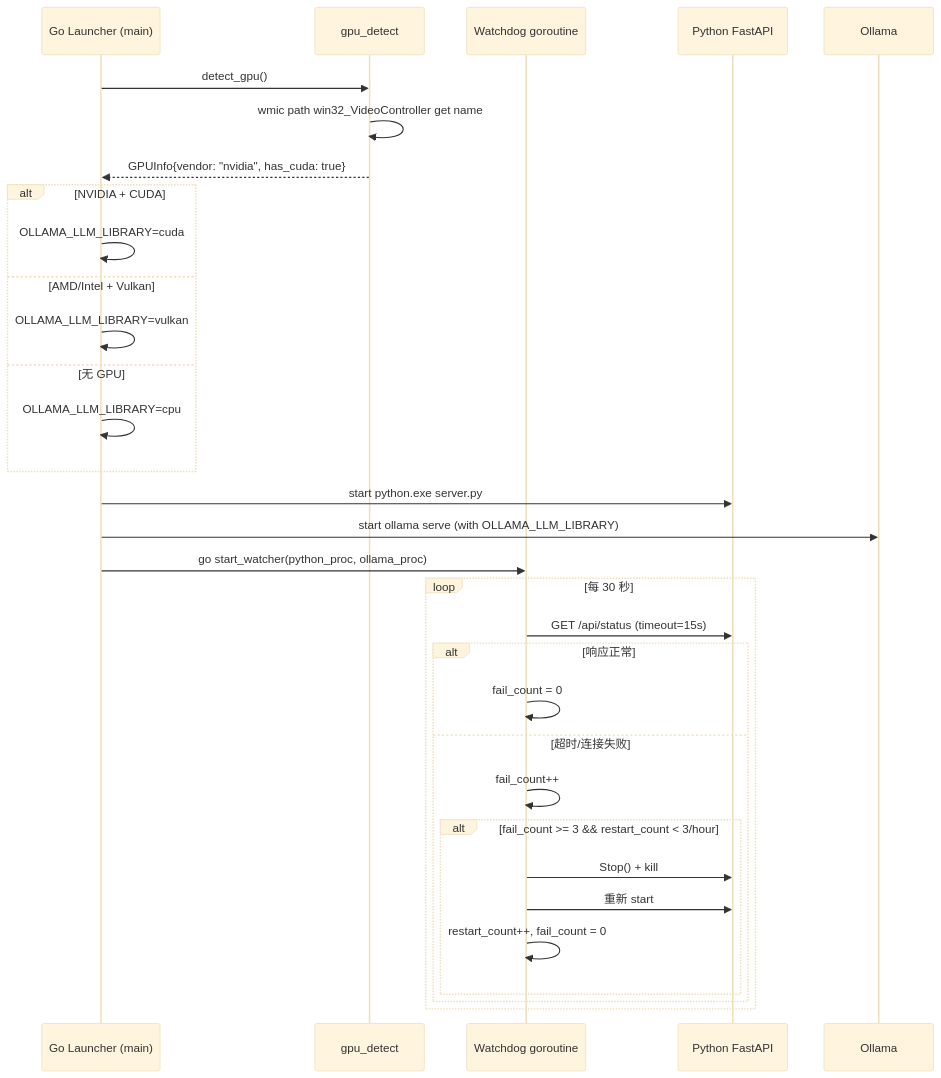
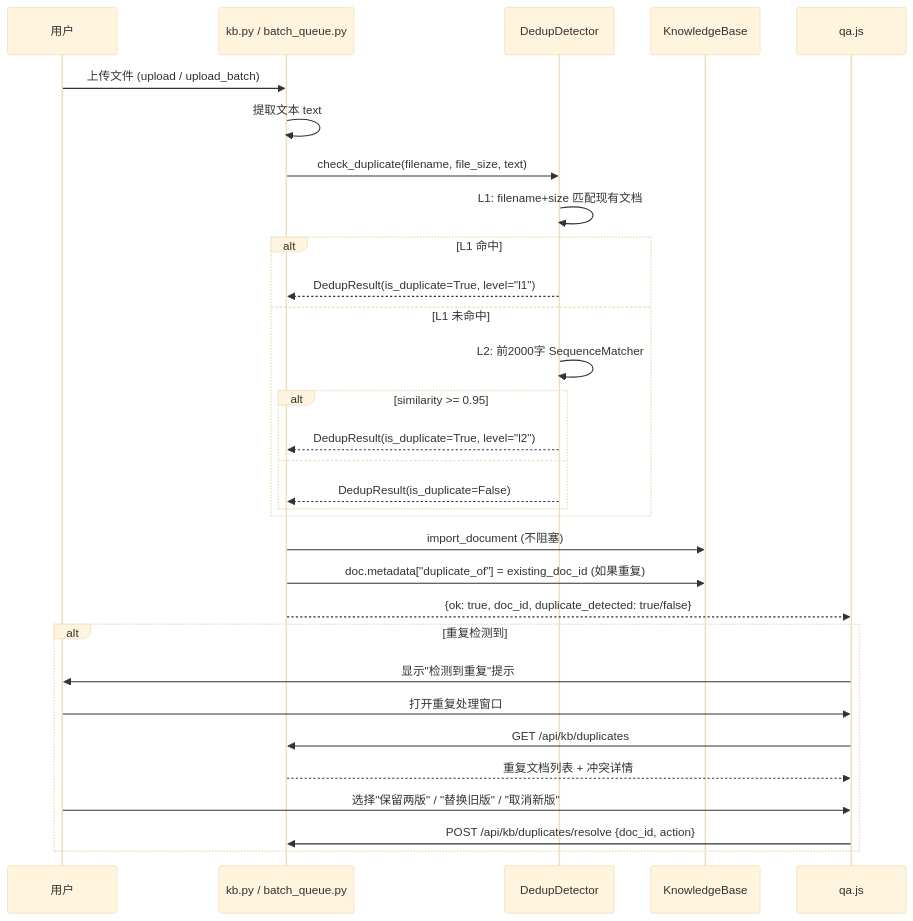
The fourth of 7 diagrams in docs/system_design.md (zwq871482439/sidemate), drawn with Mermaid (base theme) before and after one commit. The commit also changed other lines of this file and 17 other files, not shown here.

````diff
--- a/docs/system_design.md
+++ b/docs/system_design.md
@@ -375,39 +353,34 @@
 ```mermaid
 sequenceDiagram
-    participant Launcher as Go Launcher (main)
-    participant GPU as gpu_detect
-    participant WD as Watchdog goroutine
-    participant Python as Python FastAPI
-    participant Ollama as Ollama
+    participant U as 用户
+    participant BE as kb.py / batch_queue.py
+    participant DD as DedupDetector
+    participant KB as KnowledgeBase
+    participant FE as qa.js
 
-    Launcher->>GPU: detect_gpu()
-    GPU->>GPU: wmic path win32_VideoController get name
-    GPU-->>Launcher: GPUInfo{vendor: "nvidia", has_cuda: true}
-    
-    alt NVIDIA + CUDA
-        Launcher->>Launcher: OLLAMA_LLM_LIBRARY=cuda
-    else AMD/Intel + Vulkan
-        Launcher->>Launcher: OLLAMA_LLM_LIBRARY=vulkan
-    else 无 GPU
-        Launcher->>Launcher: OLLAMA_LLM_LIBRARY=cpu
-    end
-
-    Launcher->>Python: start python.exe server.py
-    Launcher->>Ollama: start ollama serve (with OLLAMA_LLM_LIBRARY)
-    
-    Launcher->>WD: go start_watcher(python_proc, ollama_proc)
-    
-    loop 每 30 秒
-        WD->>Python: GET /api/status (timeout=15s)
-        alt 响应正常
-            WD->>WD: fail_count = 0
-        else 超时/连接失败
-            WD->>WD: fail_count++
-            alt fail_count >= 3 && restart_count < 3/hour
-                WD->>Python: Stop() + kill
-                WD->>Python: 重新 start
-                WD->>WD: restart_count++, fail_count = 0
-            end
+    U->>BE: 上传文件 (upload / upload_batch)
+    BE->>BE: 提取文本 text
+    BE->>DD: check_duplicate(filename, file_size, text)
+    DD->>DD: L1: filename+size 匹配现有文档
+    alt L1 命中
+        DD-->>BE: DedupResult(is_duplicate=True, level="l1")
+    else L1 未命中
+        DD->>DD: L2: 前2000字 SequenceMatcher
+        alt similarity >= 0.95
+            DD-->>BE: DedupResult(is_duplicate=True, level="l2")
+        else
+            DD-->>BE: DedupResult(is_duplicate=False)
         end
     end
+    BE->>KB: import_document (不阻塞)
+    BE->>KB: doc.metadata["duplicate_of"] = existing_doc_id (如果重复)
+    BE-->>FE: {ok: true, doc_id, duplicate_detected: true/false}
+    alt 重复检测到
+        FE->>U: 显示"检测到重复"提示
+        U->>FE: 打开重复处理窗口
+        FE->>BE: GET /api/kb/duplicates
+        BE-->>FE: 重复文档列表 + 冲突详情
+        U->>FE: 选择"保留两版" / "替换旧版" / "取消新版"
+        FE->>BE: POST /api/kb/duplicates/resolve {doc_id, action}
+    end
 ```
````
